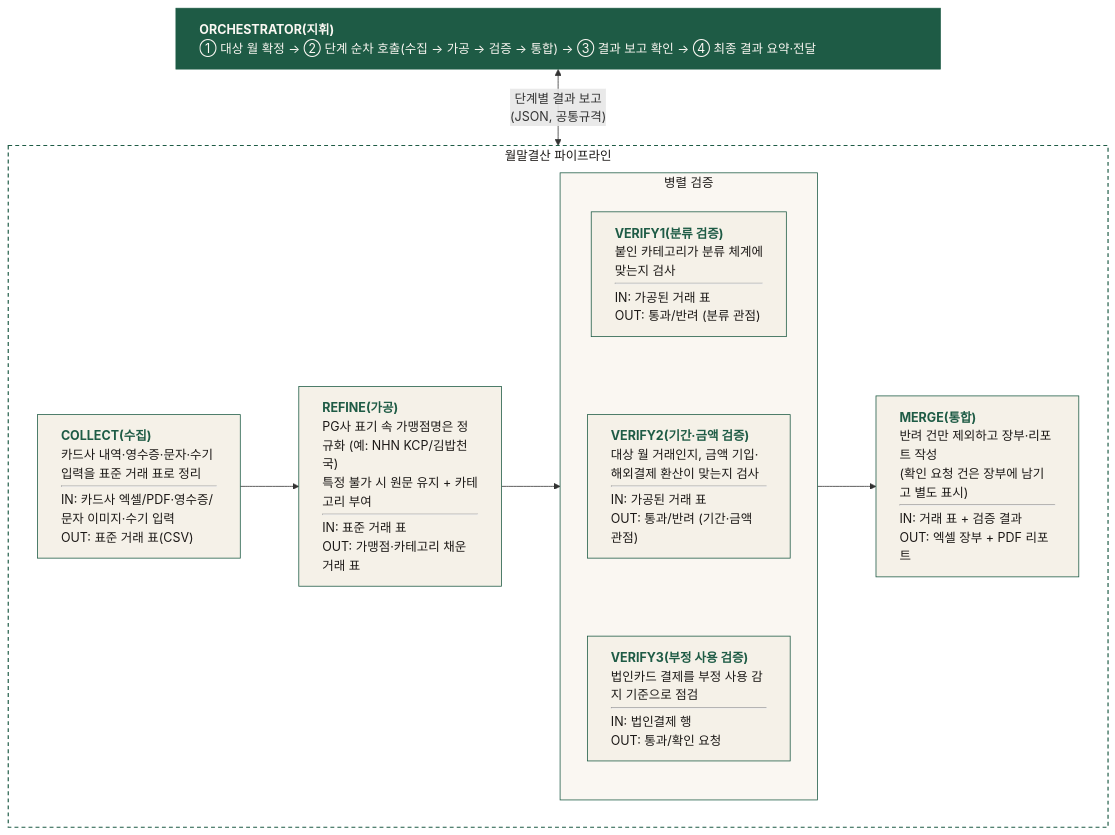
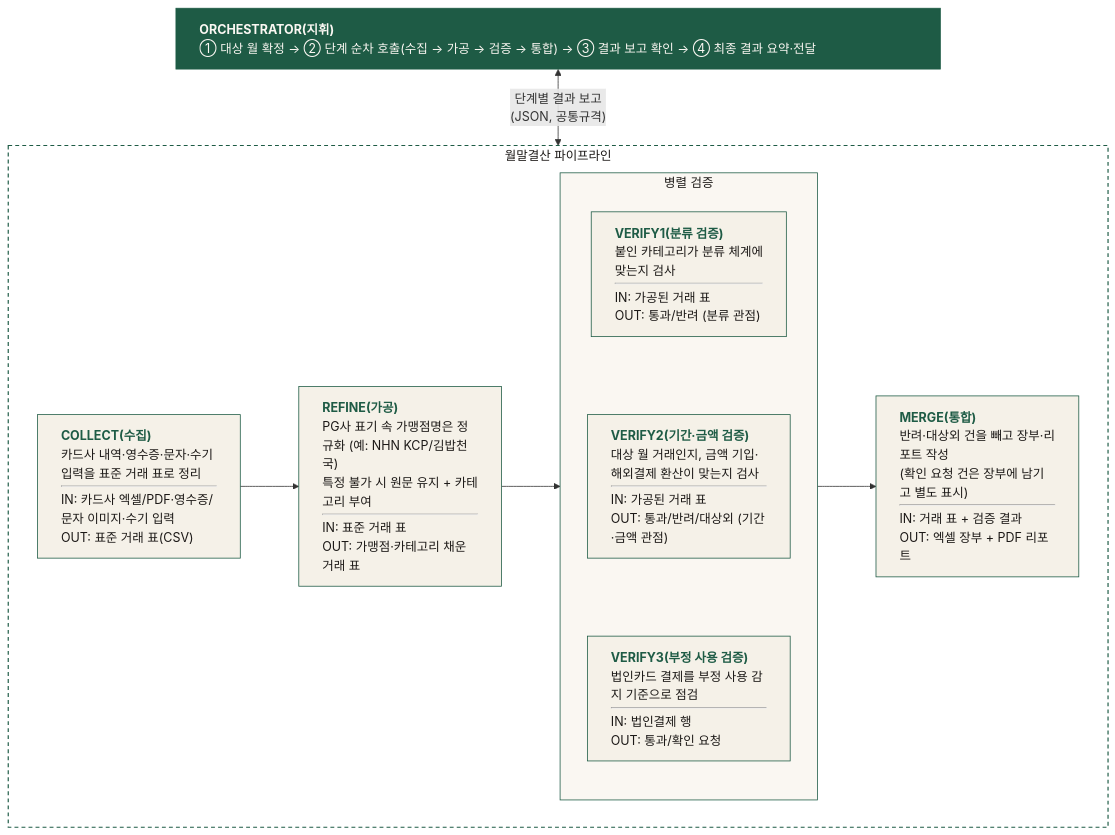
The diagram in README.md (team-T6/ledger-flow), drawn with Mermaid before and after one commit. The commit also changed other lines of this file and 2 other files, not shown here.

First line of the commit message:
docs: 9/1 파이프라인 변경 반영 — 대상외 자동 제외·결제구분 미확정·카드 구분 등록

````diff
--- a/README.md
+++ b/README.md
@@ -45,29 +45,29 @@
 ```mermaid
 flowchart TD
     ORCH["<div style='text-align:left;min-width:920px'><b style='color:#FAF7F2'>ORCHESTRATOR(지휘)</b><br/><span style='white-space:nowrap;color:#FAF7F2'>① 대상 월 확정 → ② 단계 순차 호출(수집 → 가공 → 검증 → 통합) → ③ 결과 보고 확인 → ④ 최종 결과 요약·전달</span></div>"]
 
     subgraph PIPELINE["월말결산 파이프라인"]
         direction LR
         COLLECT["<div style='text-align:left'><b style='color:#1E5B45'>COLLECT(수집)</b><br/><span style='color:#1C1917'>카드사 내역·영수증·문자·수기 입력을 표준 거래 표로 정리</span><hr style='margin:4px 0;border:none;border-top:1px solid #1E5B45'/><span style='color:#1C1917'>IN: 카드사 엑셀/PDF·영수증/문자 이미지·수기 입력<br/>OUT: 표준 거래 표(CSV)</span></div>"]
         REFINE["<div style='text-align:left'><b style='color:#1E5B45'>REFINE(가공)</b><br/><span style='color:#1C1917'>PG사 표기 속 가맹점명은 정규화 (예: NHN KCP/김밥천국)<br/>특정 불가 시 원문 유지 + 카테고리 부여</span><hr style='margin:4px 0;border:none;border-top:1px solid #1E5B45'/><span style='color:#1C1917'>IN: 표준 거래 표<br/>OUT: 가맹점·카테고리 채운 거래 표</span></div>"]
         subgraph VERIFY["병렬 검증"]
             direction TB
             V1["<div style='text-align:left'><b style='color:#1E5B45'>VERIFY1(분류 검증)</b><br/><span style='color:#1C1917'>붙인 카테고리가 분류 체계에<br/>맞는지 검사</span><hr style='margin:4px 0;border:none;border-top:1px solid #1E5B45'/><span style='color:#1C1917'>IN: 가공된 거래 표<br/>OUT: 통과/반려 (분류 관점)</span></div>"]
-            V2["<div style='text-align:left'><b style='color:#1E5B45'>VERIFY2(기간·금액 검증)</b><br/><span style='color:#1C1917'>대상 월 거래인지, 금액 기입·해외결제 환산이 맞는지 검사</span><hr style='margin:4px 0;border:none;border-top:1px solid #1E5B45'/><span style='color:#1C1917'>IN: 가공된 거래 표<br/>OUT: 통과/반려 (기간·금액 관점)</span></div>"]
+            V2["<div style='text-align:left'><b style='color:#1E5B45'>VERIFY2(기간·금액 검증)</b><br/><span style='color:#1C1917'>대상 월 거래인지, 금액 기입·해외결제 환산이 맞는지 검사</span><hr style='margin:4px 0;border:none;border-top:1px solid #1E5B45'/><span style='color:#1C1917'>IN: 가공된 거래 표<br/>OUT: 통과/반려/대상외 (기간·금액 관점)</span></div>"]
             V3["<div style='text-align:left'><b style='color:#1E5B45'>VERIFY3(부정 사용 검증)</b><br/><span style='color:#1C1917'>법인카드 결제를 부정 사용 감지 기준으로 점검</span><hr style='margin:4px 0;border:none;border-top:1px solid #1E5B45'/><span style='color:#1C1917'>IN: 법인결제 행<br/>OUT: 통과/확인 요청</span></div>"]
             V1 ~~~ V2 ~~~ V3
         end
-        MERGE["<div style='text-align:left'><b style='color:#1E5B45'>MERGE(통합)</b><br/><span style='color:#1C1917'>반려 건만 제외하고 장부·리포트 작성<br/>(확인 요청 건은 장부에 남기고 별도 표시)</span><hr style='margin:4px 0;border:none;border-top:1px solid #1E5B45'/><span style='color:#1C1917'>IN: 거래 표 + 검증 결과<br/>OUT: 엑셀 장부 + PDF 리포트</span></div>"]
+        MERGE["<div style='text-align:left'><b style='color:#1E5B45'>MERGE(통합)</b><br/><span style='color:#1C1917'>반려·대상외 건을 빼고 장부·리포트 작성<br/>(확인 요청 건은 장부에 남기고 별도 표시)</span><hr style='margin:4px 0;border:none;border-top:1px solid #1E5B45'/><span style='color:#1C1917'>IN: 거래 표 + 검증 결과<br/>OUT: 엑셀 장부 + PDF 리포트</span></div>"]
 
         COLLECT --> REFINE --> VERIFY --> MERGE
     end
 
     ORCH <-->|"단계별 결과 보고</br>(JSON, 공통규격)"| PIPELINE
 
     classDef stage fill:#F5F1E8,stroke:#1E5B45,stroke-width:1px,color:#1C1917,text-align:left;
     classDef orch fill:#1E5B45,stroke:#1E5B45,stroke-width:1px,color:#FAF7F2;
     class COLLECT,REFINE,V1,V2,V3,MERGE stage;
     class ORCH orch;
     style VERIFY fill:#FAF7F2,stroke:#1E5B45,stroke-width:1px,color:#1C1917;
     style PIPELINE fill:none,stroke:#1E5B45,stroke-width:1.5px,stroke-dasharray: 5 4,color:#1C1917;
 ```
````
